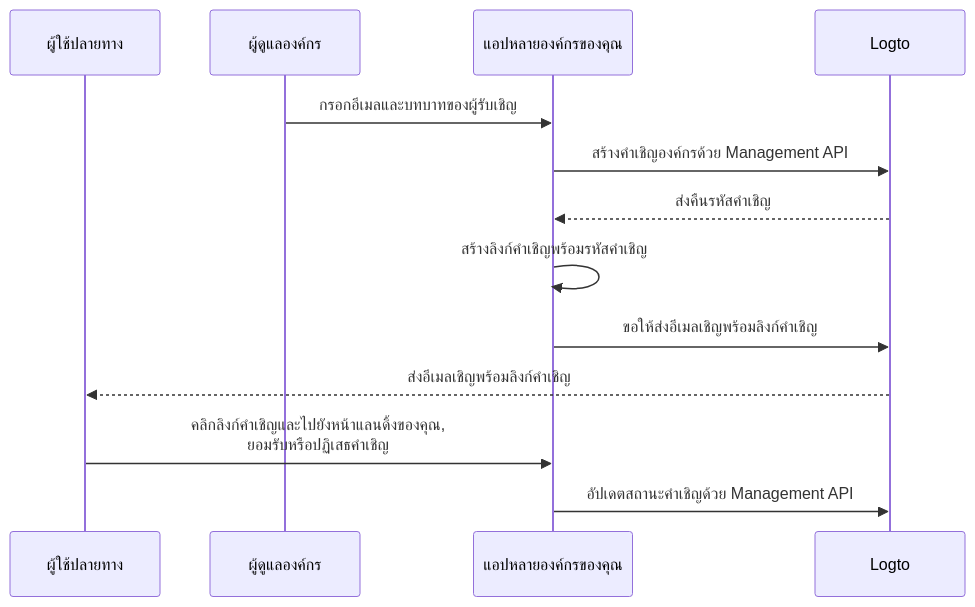
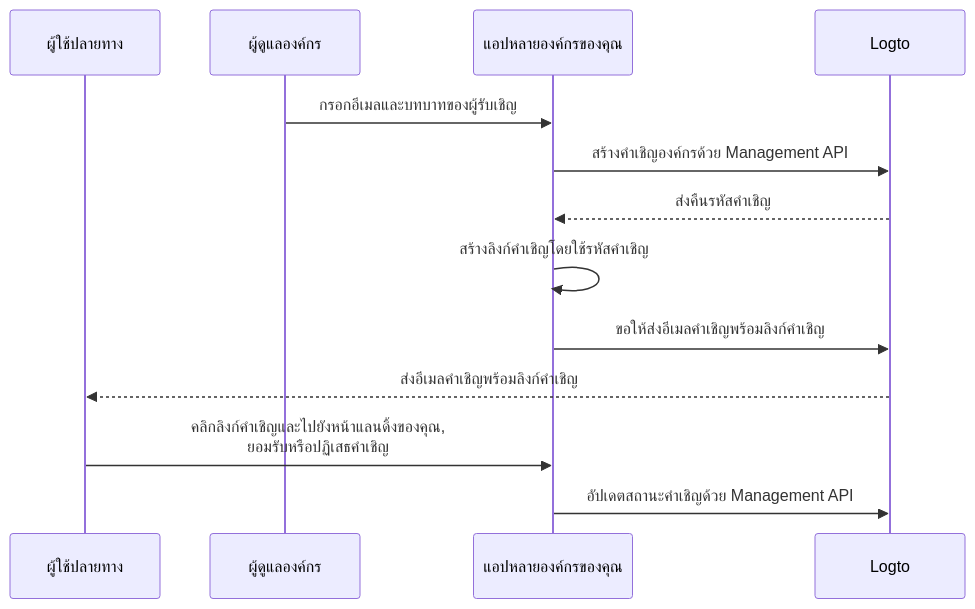
One commit to logto-io/docs changed the diagram in i18n/th/docusaurus-plugin-content-docs/current/end-user-flows/organization-experience/invite-organization-members.mdx. Above: the diagram before and after it, drawn with Mermaid. The commit also changed other lines of this file and 96 other files, not shown here.

````diff
--- a/i18n/th/docusaurus-plugin-content-docs/current/end-user-flows/organization-experience/invite-organization-members.mdx
+++ b/i18n/th/docusaurus-plugin-content-docs/current/end-user-flows/organization-experience/invite-organization-members.mdx
@@ -13,16 +13,16 @@
 ```mermaid
 sequenceDiagram
 	Participant U as ผู้ใช้ปลายทาง
   Participant A as ผู้ดูแลองค์กร
   Participant C as แอปหลายองค์กรของคุณ
 	Participant L as Logto
 
   A ->> C: กรอกอีเมลและบทบาทของผู้รับเชิญ
   C ->> L: สร้างคำเชิญองค์กรด้วย Management API
   L -->> C: ส่งคืนรหัสคำเชิญ
-  C ->> C: สร้างลิงก์คำเชิญพร้อมรหัสคำเชิญ
-  C ->> L: ขอให้ส่งอีเมลเชิญพร้อมลิงก์คำเชิญ
-  L -->> U: ส่งอีเมลเชิญพร้อมลิงก์คำเชิญ
+  C ->> C: สร้างลิงก์คำเชิญโดยใช้รหัสคำเชิญ
+  C ->> L: ขอให้ส่งอีเมลคำเชิญพร้อมลิงก์คำเชิญ
+  L -->> U: ส่งอีเมลคำเชิญพร้อมลิงก์คำเชิญ
   U ->> C: คลิกลิงก์คำเชิญและไปยังหน้าแลนดิ้งของคุณ,<br /> ยอมรับหรือปฏิเสธคำเชิญ
   C ->> L: อัปเดตสถานะคำเชิญด้วย Management API
 ```
````
